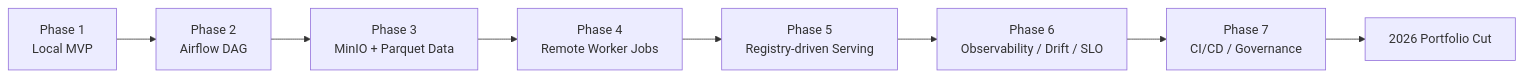
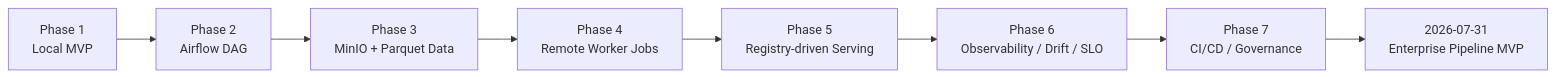
The second of 2 diagrams in enterprise-vision-mlops/docs/agenda/enterprise-mlops-roadmap.md (ruma0236/ML_ServeAPI), drawn with Mermaid before and after one commit. The commit also changed other lines of this file and 3 other files, not shown here.

````diff
--- a/enterprise-vision-mlops/docs/agenda/enterprise-mlops-roadmap.md
+++ b/enterprise-vision-mlops/docs/agenda/enterprise-mlops-roadmap.md
@@ -54,13 +56,13 @@
 ```mermaid
 flowchart LR
     P1["Phase 1<br/>Local MVP"]
     P2["Phase 2<br/>Airflow DAG"]
     P3["Phase 3<br/>MinIO + Parquet Data"]
     P4["Phase 4<br/>Remote Worker Jobs"]
     P5["Phase 5<br/>Registry-driven Serving"]
     P6["Phase 6<br/>Observability / Drift / SLO"]
     P7["Phase 7<br/>CI/CD / Governance"]
-    CUT["2026 Portfolio Cut"]
+    CUT["2026-07-31<br/>Enterprise Pipeline MVP"]
 
     P1 --> P2 --> P3 --> P4 --> P5 --> P6 --> P7 --> CUT
 ```
````
